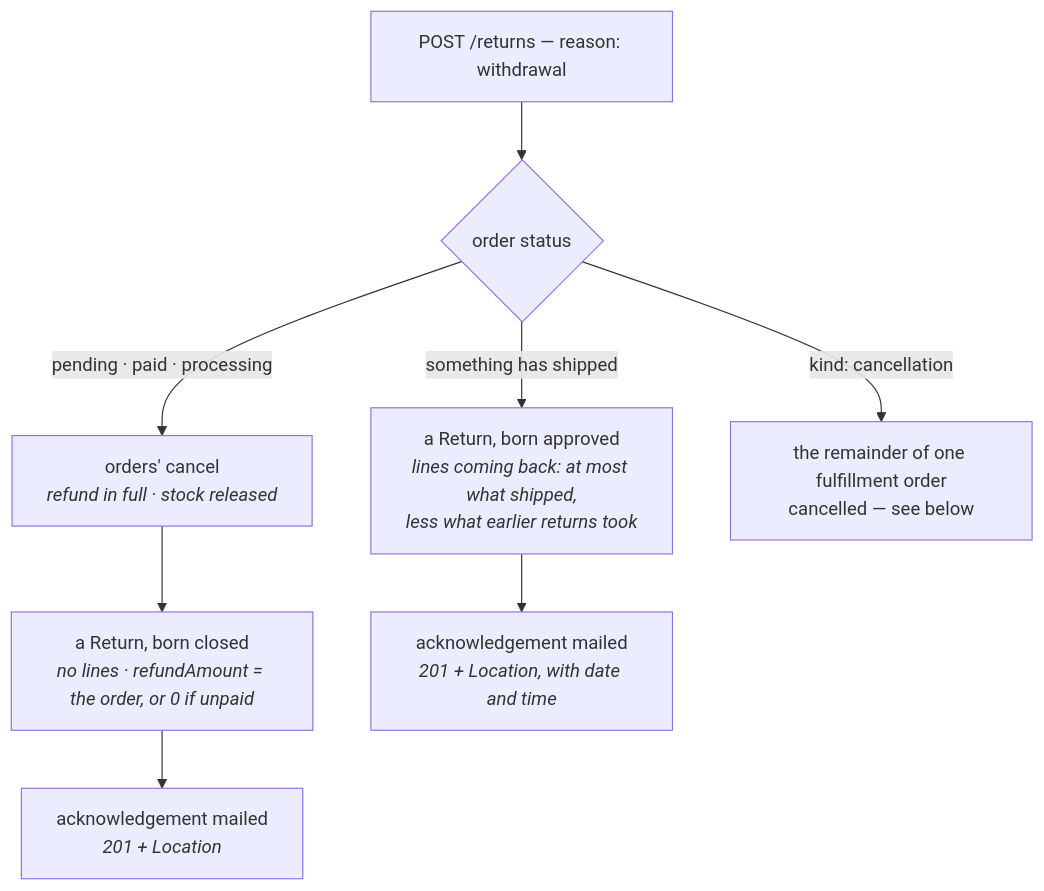
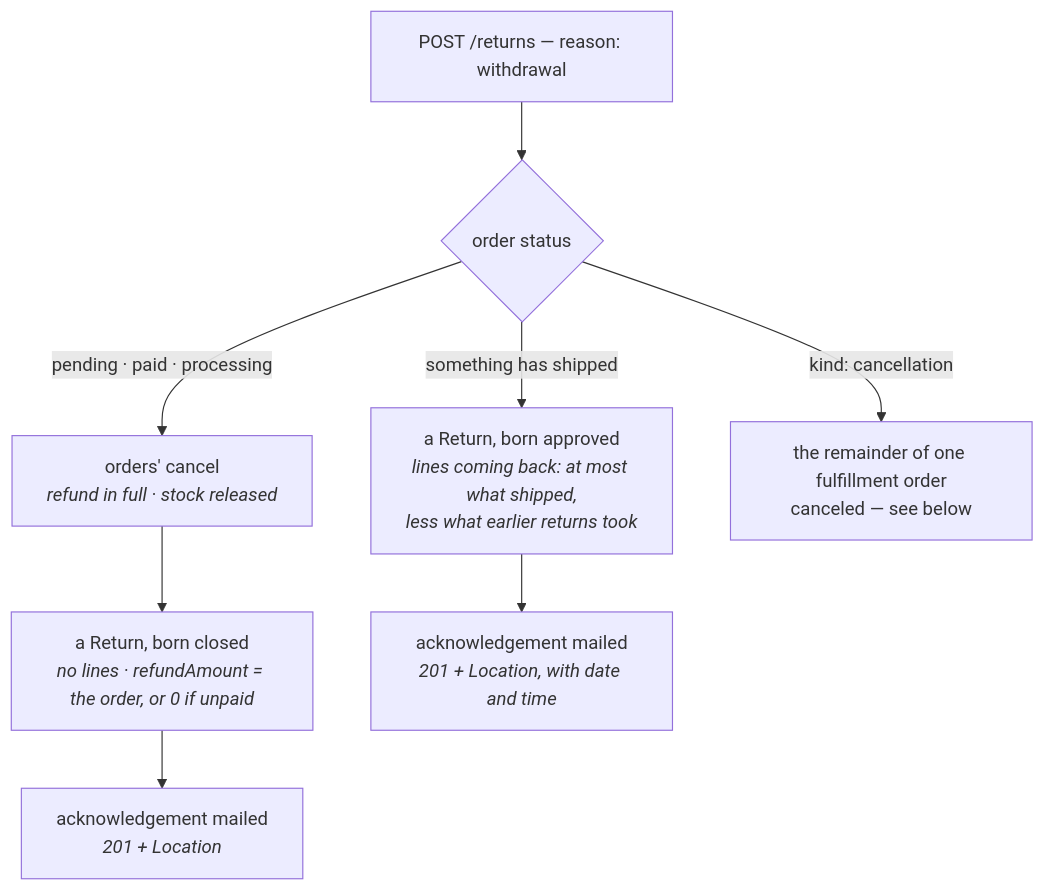
The third of 6 diagrams in docs/modules/returns.md (Guebbit/boilerplate-node-backend), drawn with Mermaid before and after one commit. The commit also changed other lines of this file and 301 other files, not shown here.

````diff
--- a/docs/modules/returns.md
+++ b/docs/modules/returns.md
@@ -201,10 +201,10 @@
 ```mermaid
 flowchart TD
     A["POST /returns — reason: withdrawal"] --> B{"order status"}
     B -- "pending · paid · processing" --> C["orders' cancel<br/><i>refund in full · stock released</i>"]
     C --> D["a Return, born closed<br/><i>no lines · refundAmount = the order, or 0 if unpaid</i>"]
     D --> G["acknowledgement mailed<br/><i>201 + Location</i>"]
     B -- "something has shipped" --> E["a Return, born approved<br/><i>lines coming back: at most what shipped,<br/>less what earlier returns took</i>"]
     E --> F["acknowledgement mailed<br/><i>201 + Location, with date and time</i>"]
-    B -- "kind: cancellation" --> X["the remainder of one fulfillment order<br/>cancelled — see below"]
+    B -- "kind: cancellation" --> X["the remainder of one fulfillment order<br/>canceled — see below"]
 ```
````
